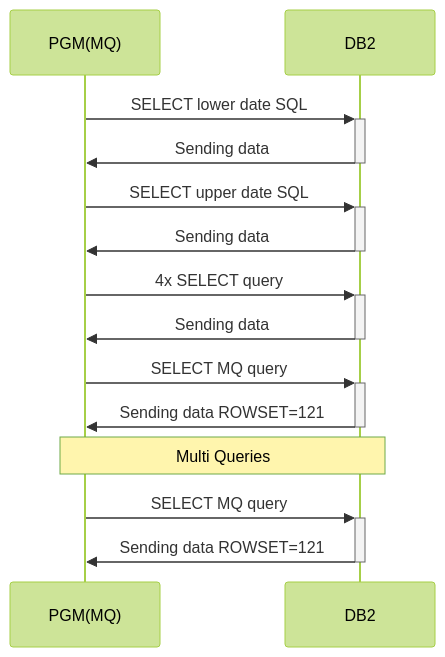
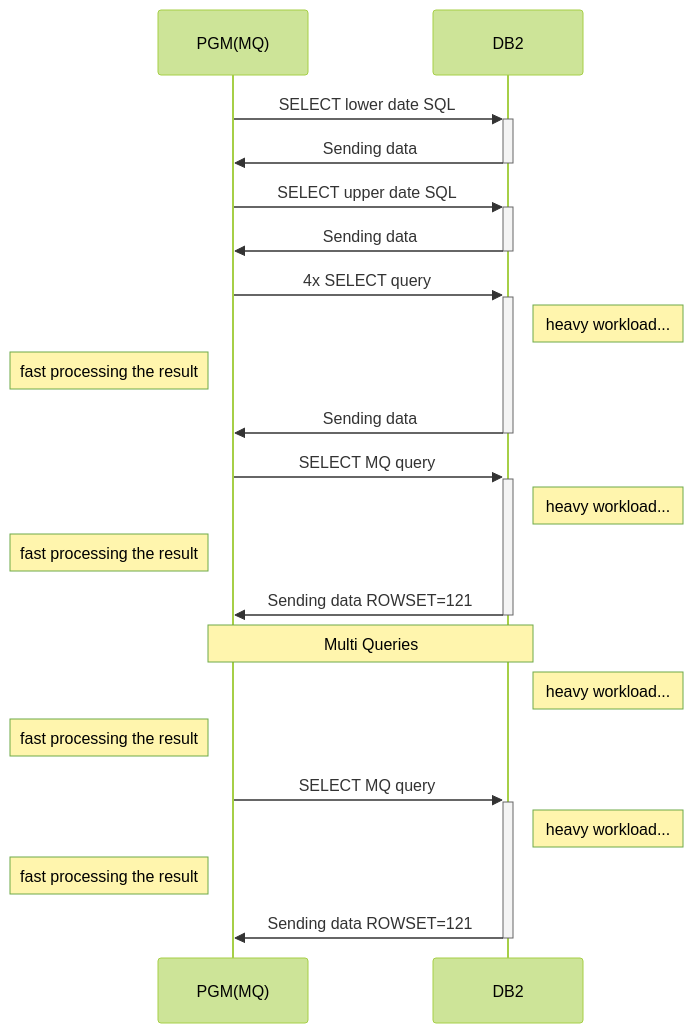
One commit to pak-center/ncitizen changed the second of 2 diagrams in README.md. Above: the diagram before and after it, drawn with Mermaid (forest theme).

````diff
--- a/README.md
+++ b/README.md
@@ -71,14 +71,22 @@
 ```mermaid
-sequenceDiagram
+    sequenceDiagram
     PGM(MQ)->>+DB2: SELECT lower date SQL
     DB2->>-PGM(MQ): Sending data
     PGM(MQ)->>+DB2: SELECT upper date SQL
     DB2->>-PGM(MQ): Sending data
     PGM(MQ)->>+DB2: 4x SELECT query
+    Note right of DB2: heavy workload...
+    Note left of PGM(MQ):fast processing the result
     DB2->>-PGM(MQ): Sending data
     PGM(MQ)->>+DB2: SELECT MQ query
+    Note right of DB2: heavy workload...
+    Note left of PGM(MQ):fast processing the result
     DB2->>-PGM(MQ): Sending data ROWSET=121
     Note over PGM(MQ),DB2:Multi Queries
+    Note right of DB2: heavy workload...
+    Note left of PGM(MQ):fast processing the result
     PGM(MQ)->>+DB2: SELECT MQ query
-    DB2->>-PGM(MQ): Sending data ROWSET=121
+    Note right of DB2: heavy workload...
+    Note left of PGM(MQ):fast processing the result
+    DB2->>-PGM(MQ): Sending data ROWSET=121    
 ```
````
